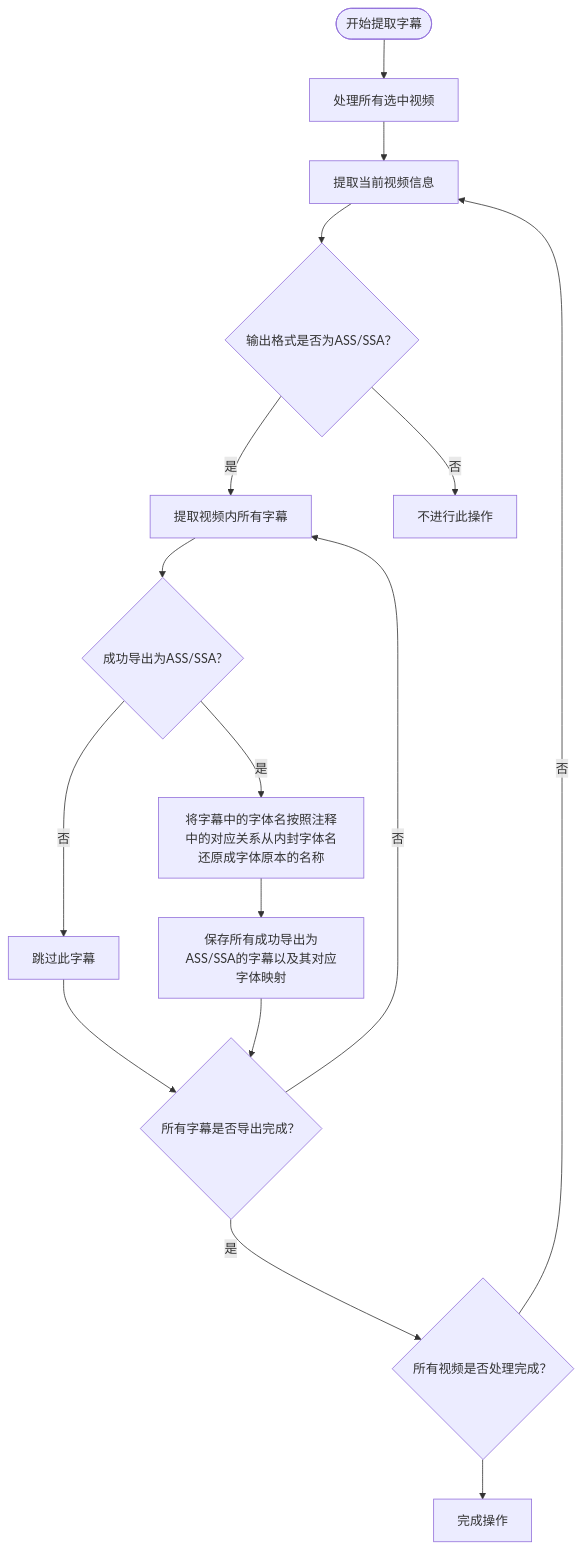
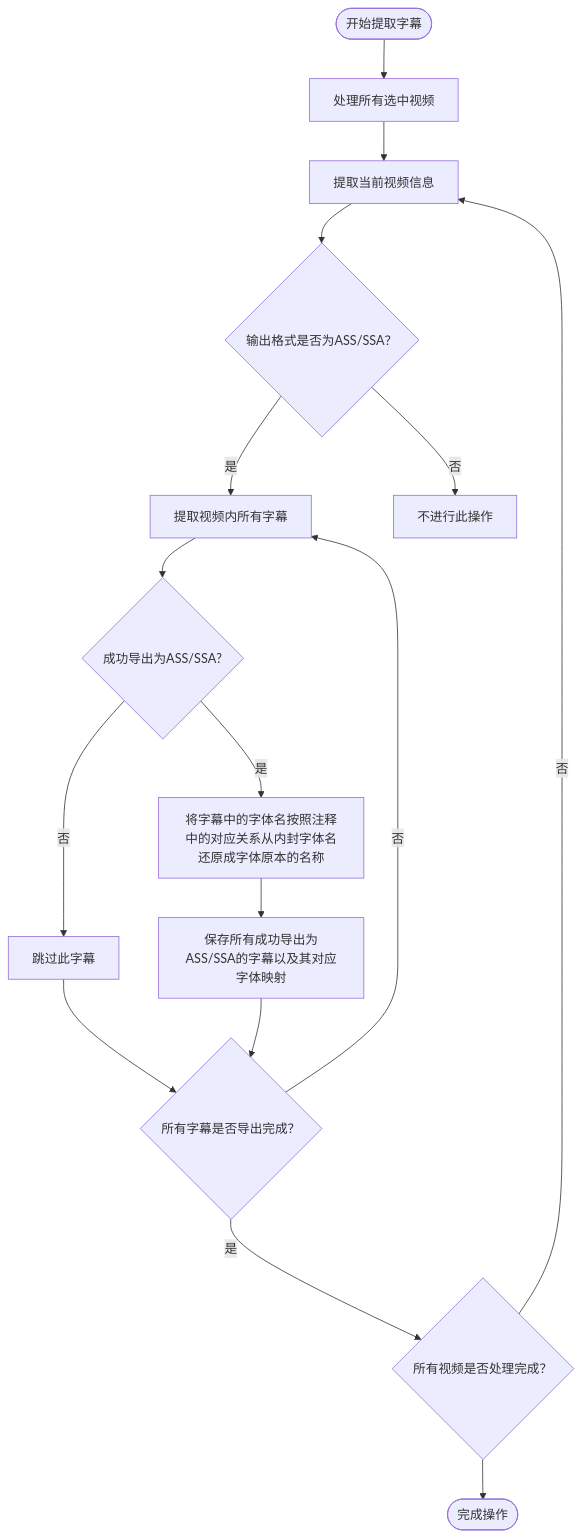
The third of 4 diagrams in README.md (TCBOMC/Subtitle-Exporter), drawn with Mermaid before and after one commit. The commit also changed other lines of this file, not shown here.

````diff
--- a/README.md
+++ b/README.md
@@ -132,21 +132,21 @@
     ```mermaid
     flowchart TD
     A(["开始提取字幕"]) --> B["处理所有选中视频"]
     C{"输出格式是否为ASS/SSA？"} -- 是 --> D["提取视频内所有字幕"]
     C -- 否 --> E["不进行此操作"]
     B --> n1["提取当前视频信息"]
     n1 --> C
     D --> n8["成功导出为ASS/SSA?"]
     n5["所有视频是否处理完成？"] -- 否 --> n1
     n7["将字幕中的字体名按照注释中的对应关系从内封字体名还原成字体原本的名称"] --> n2["保存所有成功导出为ASS/SSA的字幕以及其对应字体映射"]
     n8 -- 是 --> n7
     n8 -- 否 --> n9["跳过此字幕"]
     n9 --> n15
     n2 --> n15@{ label: "<span style=\"color:\">所有字幕是否导出完成？</span>" }
-    n5 --> n14["完成操作"]
+    n5 --> n14(["完成操作"])
     n15 --是--> n5
     n15 --否--> D
     n8@{ shape: diam}
     n5@{ shape: diam}
     n15@{ shape: diam}
     ```
````
